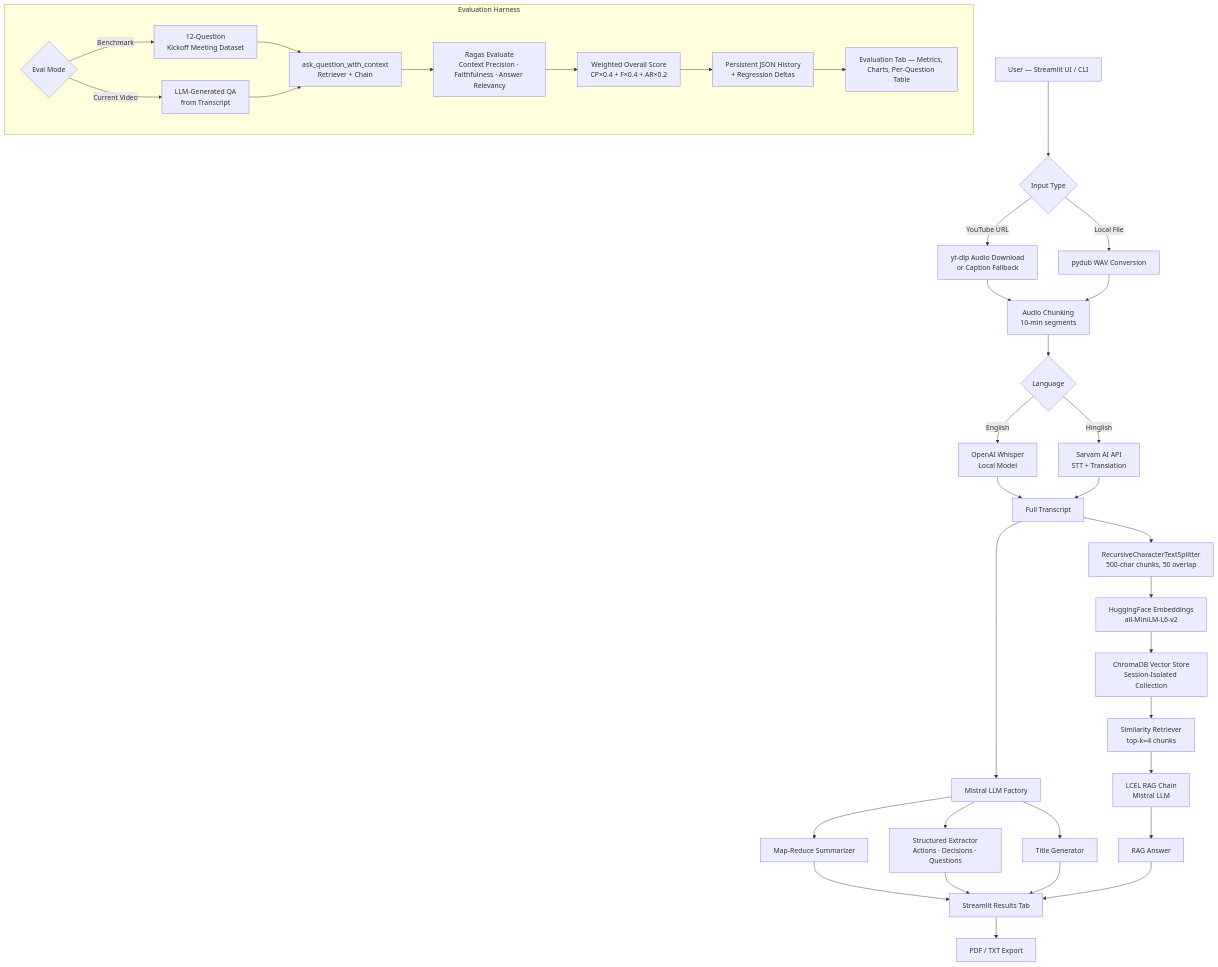
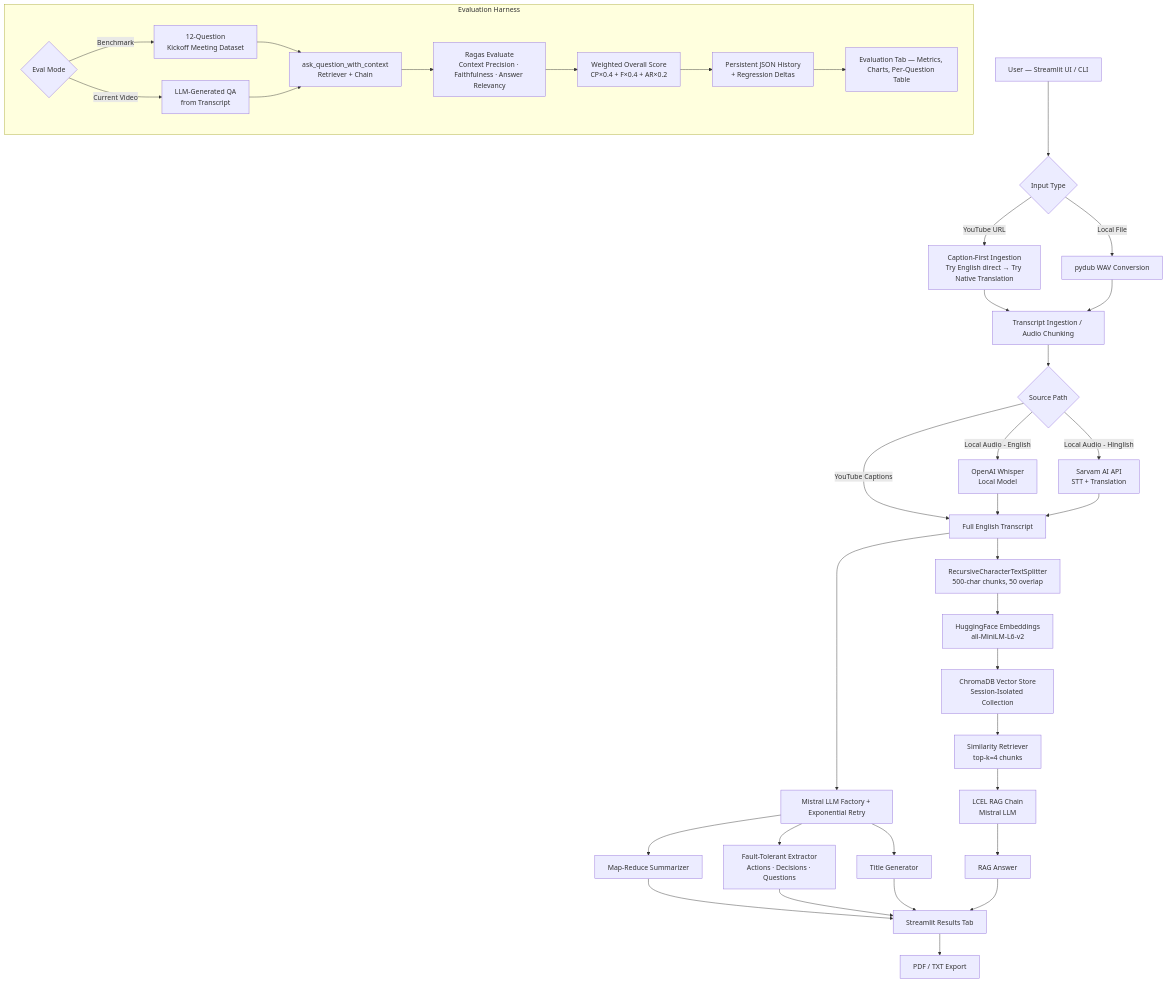
Before and after one commit to saumil-777/ai-video-rag-eval-harness: the diagram in README.md, drawn with Mermaid. The commit also changed other lines of this file, not shown here.

````diff
--- a/README.md
+++ b/README.md
@@ -94,43 +91,44 @@
 ```mermaid
 flowchart TD
     A[User — Streamlit UI / CLI] --> B{Input Type}
-    B -->|YouTube URL| C[yt-dlp Audio Download\nor Caption Fallback]
+    B -->|YouTube URL| C[Caption-First Ingestion\nTry English direct → Try Native Translation]
     B -->|Local File| D[pydub WAV Conversion]
-    C --> E[Audio Chunking\n10-min segments]
+    C --> E[Transcript Ingestion / Audio Chunking]
     D --> E
-    E --> F{Language}
-    F -->|English| G[OpenAI Whisper\nLocal Model]
-    F -->|Hinglish| H[Sarvam AI API\nSTT + Translation]
-    G --> I[Full Transcript]
+    E --> F{Source Path}
+    F -->|YouTube Captions| I[Full English Transcript]
+    F -->|Local Audio - English| G[OpenAI Whisper\nLocal Model]
+    F -->|Local Audio - Hinglish| H[Sarvam AI API\nSTT + Translation]
+    G --> I
     H --> I
 
-    I --> J[Mistral LLM Factory]
+    I --> J[Mistral LLM Factory + Exponential Retry]
     J --> K[Map-Reduce Summarizer]
-    J --> L[Structured Extractor\nActions · Decisions · Questions]
+    J --> L[Fault-Tolerant Extractor\nActions · Decisions · Questions]
     J --> M[Title Generator]
 
     I --> N[RecursiveCharacterTextSplitter\n500-char chunks, 50 overlap]
     N --> O[HuggingFace Embeddings\nall-MiniLM-L6-v2]
     O --> P[ChromaDB Vector Store\nSession-Isolated Collection]
 
     K --> Q[Streamlit Results Tab]
     L --> Q
     M --> Q
     P --> R[Similarity Retriever\ntop-k=4 chunks]
     R --> S[LCEL RAG Chain\nMistral LLM]
     S --> T[RAG Answer]
     T --> Q
 
     Q --> U[PDF / TXT Export]
 
     subgraph Evaluation Harness
         V{Eval Mode} -->|Benchmark| W[12-Question\nKickoff Meeting Dataset]
         V -->|Current Video| X[LLM-Generated QA\nfrom Transcript]
         W --> Y[ask_question_with_context\nRetriever + Chain]
         X --> Y
         Y --> Z[Ragas Evaluate\nContext Precision · Faithfulness · Answer Relevancy]
         Z --> AA[Weighted Overall Score\nCP×0.4 + F×0.4 + AR×0.2]
         AA --> AB[Persistent JSON History\n+ Regression Deltas]
         AB --> AC[Evaluation Tab — Metrics, Charts, Per-Question Table]
     end
 ```
````
